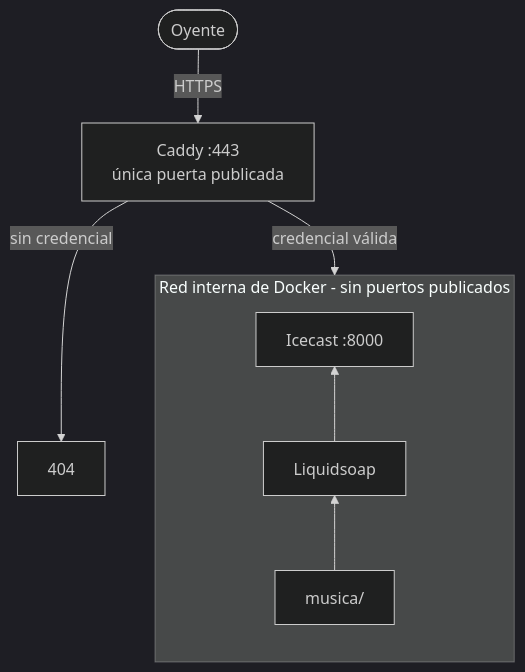
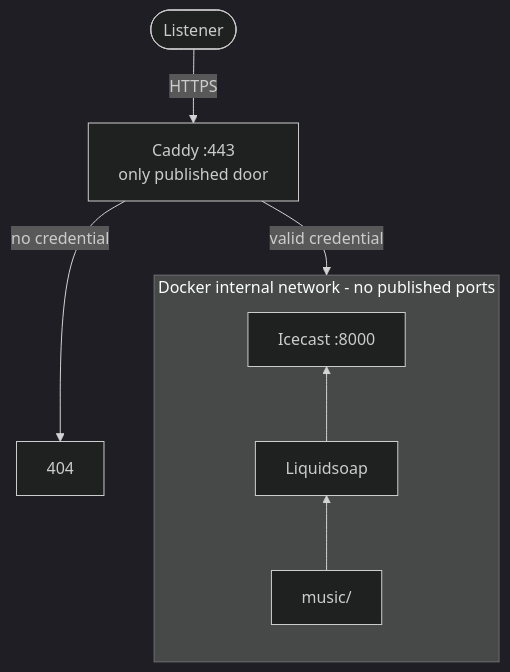
Before and after one commit to The-Replacement/radio: the first of 2 diagrams in README.md, drawn with Mermaid (dark theme). The commit also changed other lines of this file and 1 other file, not shown here.

````diff
--- a/README.md
+++ b/README.md
@@ -143,14 +162,14 @@
 ```mermaid
 flowchart TB
-    O(["Oyente"])
-    C["Caddy :443<br/>única puerta publicada"]
+    O(["Listener"])
+    C["Caddy :443<br/>only published door"]
     O -->|"HTTPS"| C
-    C -->|"sin credencial"| N["404"]
+    C -->|"no credential"| N["404"]
 
-    subgraph interno["Red interna de Docker - sin puertos publicados"]
+    subgraph interno["Docker internal network - no published ports"]
         direction BT
-        M["musica/"] --> L["Liquidsoap"] --> I["Icecast :8000"]
+        M["music/"] --> L["Liquidsoap"] --> I["Icecast :8000"]
     end
 
-    C -->|"credencial válida"| I
+    C -->|"valid credential"| I
 ```
````
